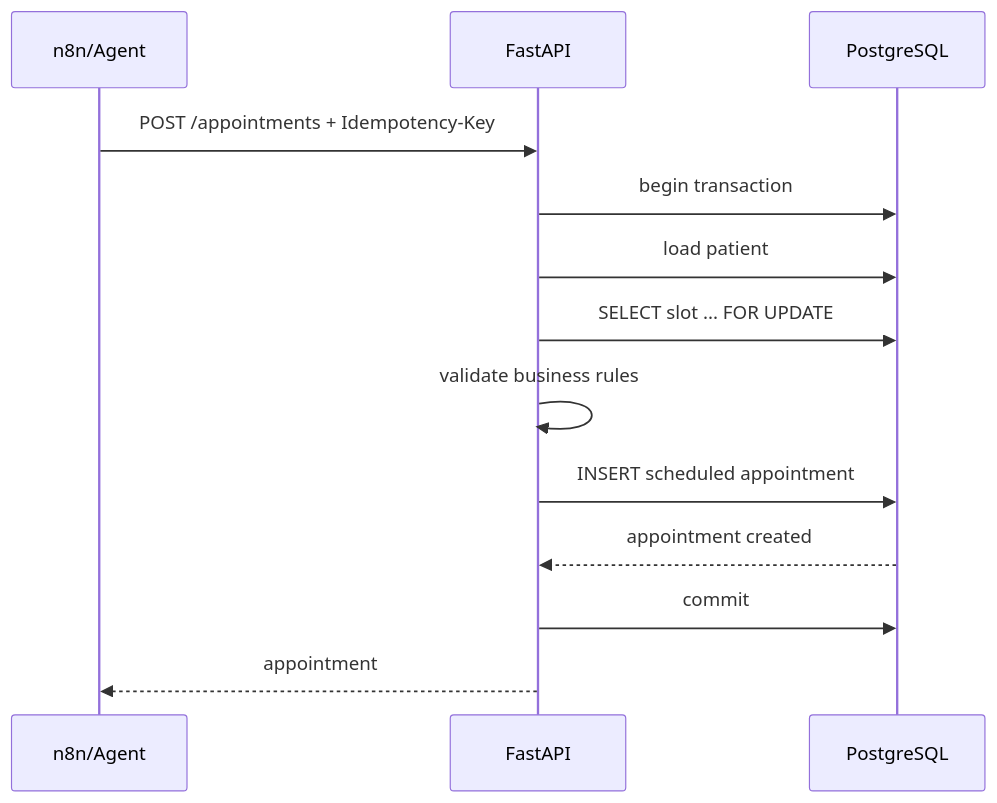
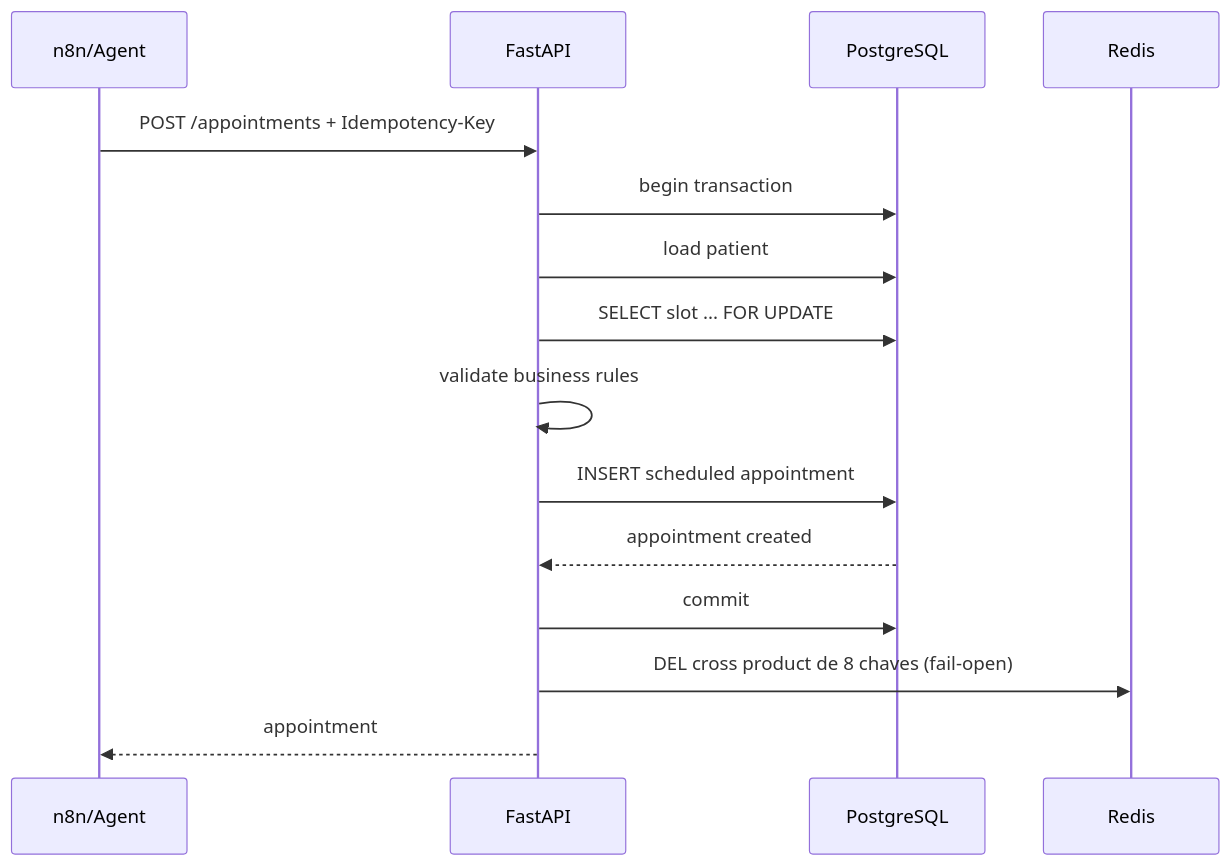
One commit to iansaft/essentia_ai_medical_scheduling_assistant changed the third of 3 diagrams in docs/architecture.md. Above: the diagram before and after it, drawn with Mermaid. The commit also changed other lines of this file and 4 other files, not shown here.

First line of the commit message:
docs: document Redis availability cache with architecture flows and DD-20

````diff
--- a/docs/architecture.md
+++ b/docs/architecture.md
@@ -191,16 +208,18 @@
 ```mermaid
 sequenceDiagram
     participant N as n8n/Agent
     participant API as FastAPI
     participant DB as PostgreSQL
+    participant RD as Redis
 
     N->>API: POST /appointments + Idempotency-Key
     API->>DB: begin transaction
     API->>DB: load patient
     API->>DB: SELECT slot ... FOR UPDATE
     API->>API: validate business rules
     API->>DB: INSERT scheduled appointment
     DB-->>API: appointment created
     API->>DB: commit
+    API->>RD: DEL cross product de 8 chaves (fail-open)
     API-->>N: appointment
 ```
````
